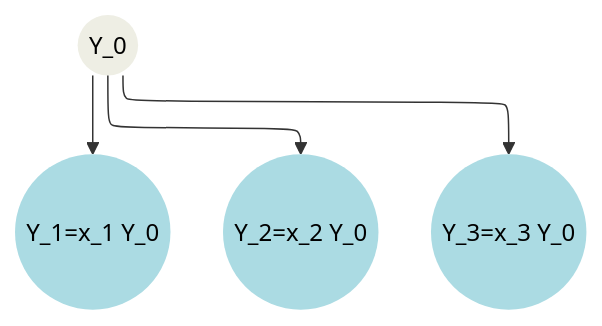
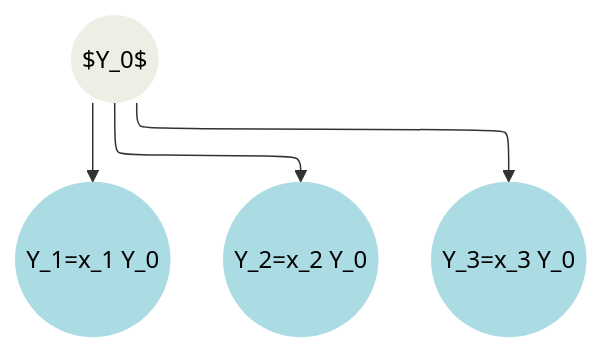
Before and after one commit to jakobsarthur/maxent_disaggregation: the diagram in README.md, drawn with Mermaid.

````diff
--- a/README.md
+++ b/README.md
@@ -45,19 +45,19 @@
 ```mermaid
 flowchart-elk TD
     %% Define node classes
     classDef Aggregate fill:#eeeee4,color:black,stroke:none;
     classDef DisAgg1 fill:#abdbe3,color:black,stroke:none;
     classDef DisAgg2 fill:#e28743,color:black,stroke:none;
     classDef DisAgg3 fill:#abdbe3,color:black,stroke:none;
 
-    agg(("Y_0")):::Aggregate
+    agg(("      $Y_0$      ")):::Aggregate
     disagg1(("Y_1=x_1 Y_0")):::DisAgg1
     disagg2(("Y_2=x_2 Y_0")):::DisAgg1
     disagg3(("Y_3=x_3 Y_0")):::DisAgg1
    
 
     %% Define connections
     agg  --> disagg1
     agg  --> disagg2
     agg  --> disagg3
 ```
````
